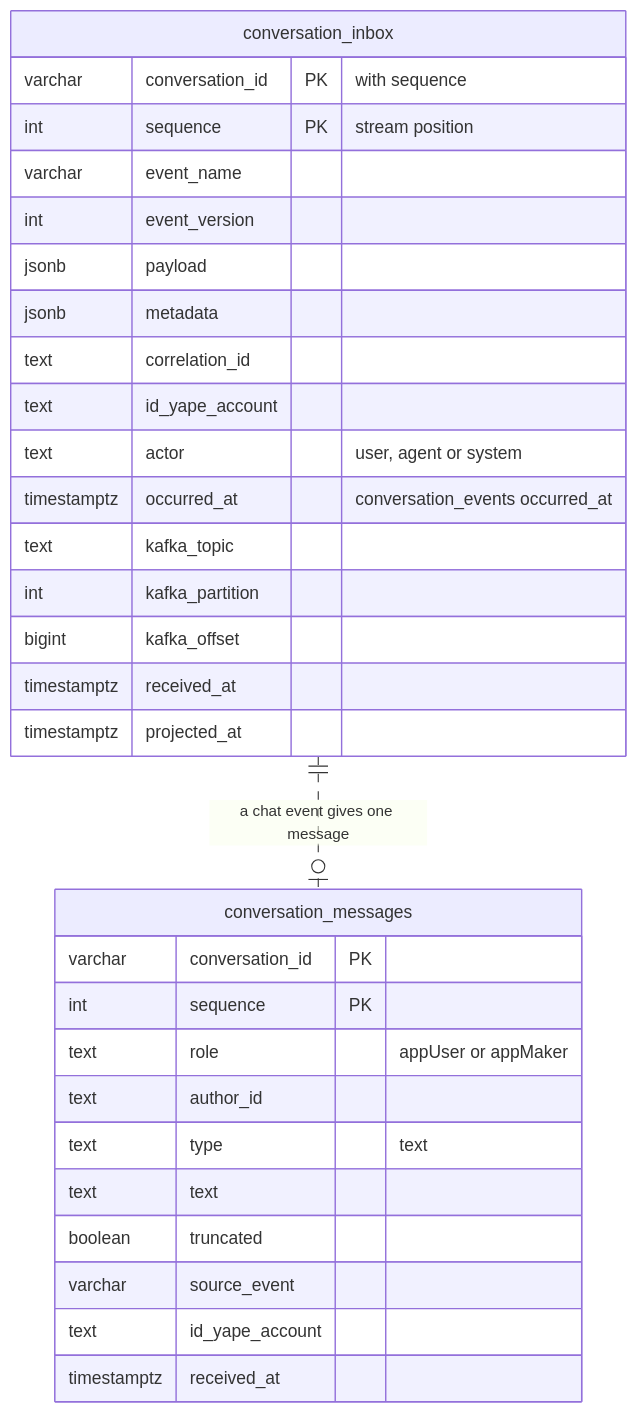
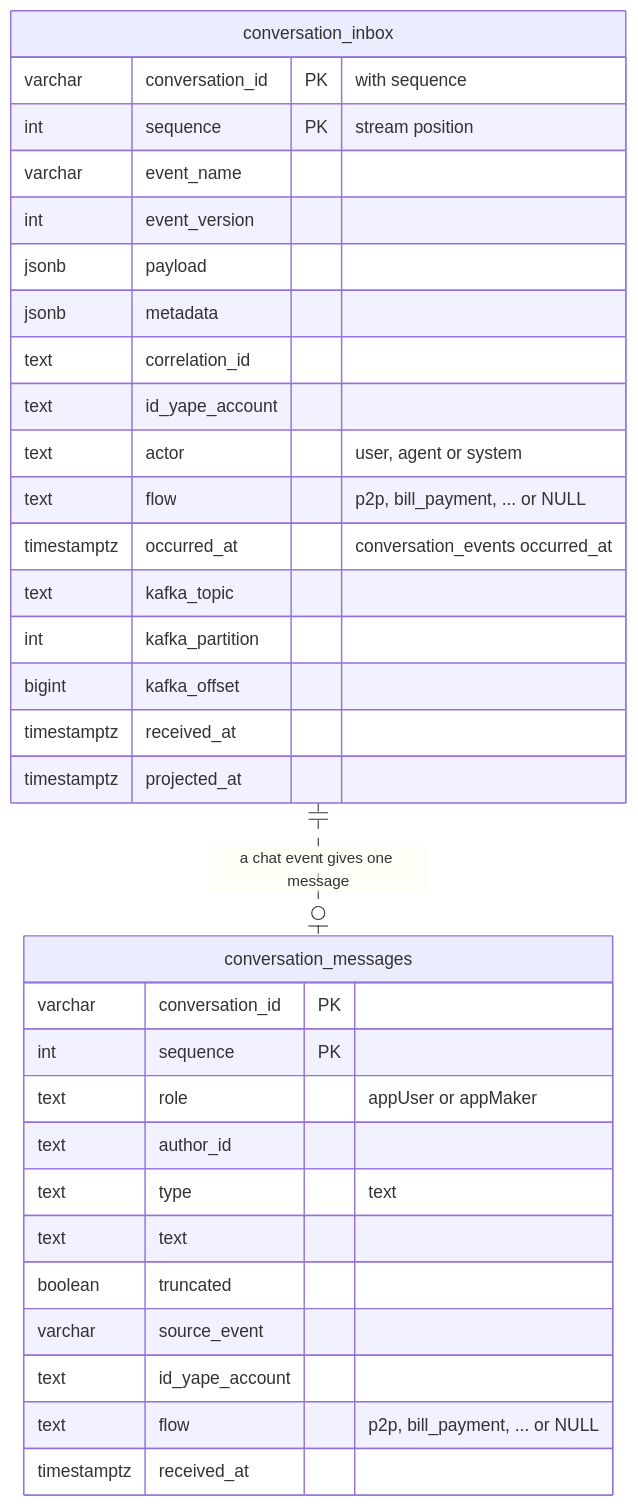
The second of 3 diagrams in docs/design.md (m-almeida-p/ms-ml-conv-history-bs), drawn with Mermaid before and after one commit. The commit also changed other lines of this file and 31 other files, not shown here.

First line of the commit message:
feat(history): carry the flow of each event and cut conversations into runs

````diff
--- a/docs/design.md
+++ b/docs/design.md
@@ -89,33 +89,35 @@
 ```mermaid
 erDiagram
     conversation_inbox {
         varchar conversation_id PK "with sequence"
         int sequence PK "stream position"
         varchar event_name
         int event_version
         jsonb payload
         jsonb metadata
         text correlation_id
         text id_yape_account
         text actor "user, agent or system"
+        text flow "p2p, bill_payment, ... or NULL"
         timestamptz occurred_at "conversation_events occurred_at"
         text kafka_topic
         int kafka_partition
         bigint kafka_offset
         timestamptz received_at
         timestamptz projected_at
     }
     conversation_messages {
         varchar conversation_id PK
         int sequence PK
         text role "appUser or appMaker"
         text author_id
         text type "text"
         text text
         boolean truncated
         varchar source_event
         text id_yape_account
+        text flow "p2p, bill_payment, ... or NULL"
         timestamptz received_at
     }
     conversation_inbox ||..o| conversation_messages : "a chat event gives one message"
 ```
````
